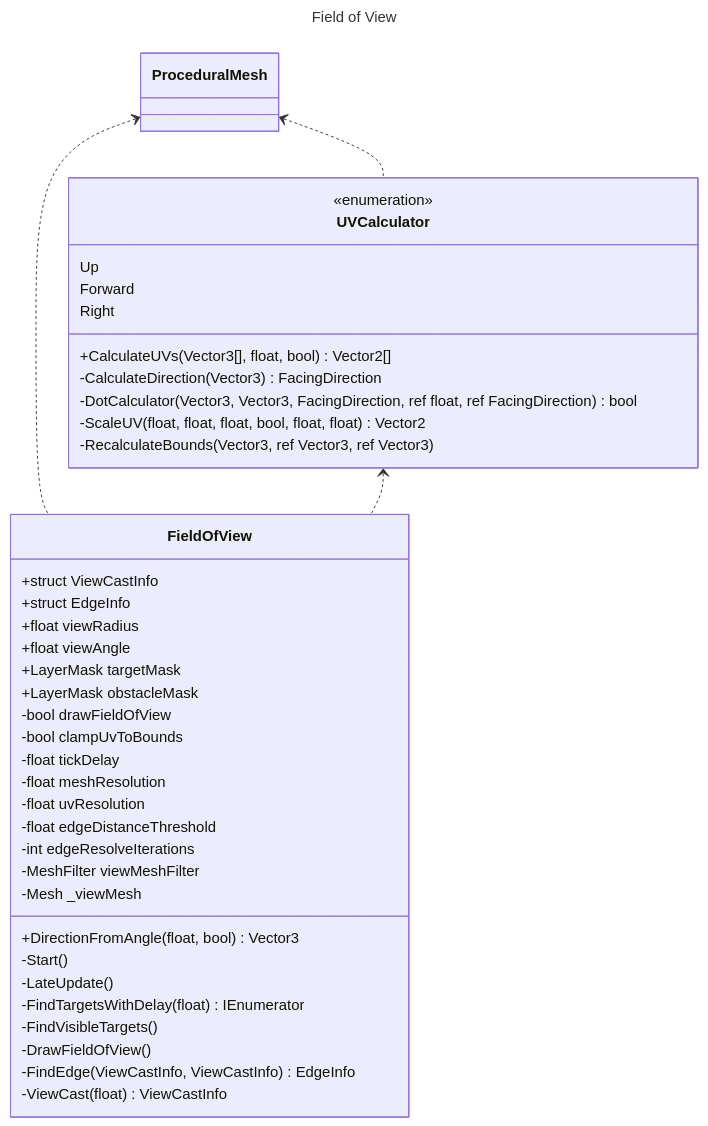
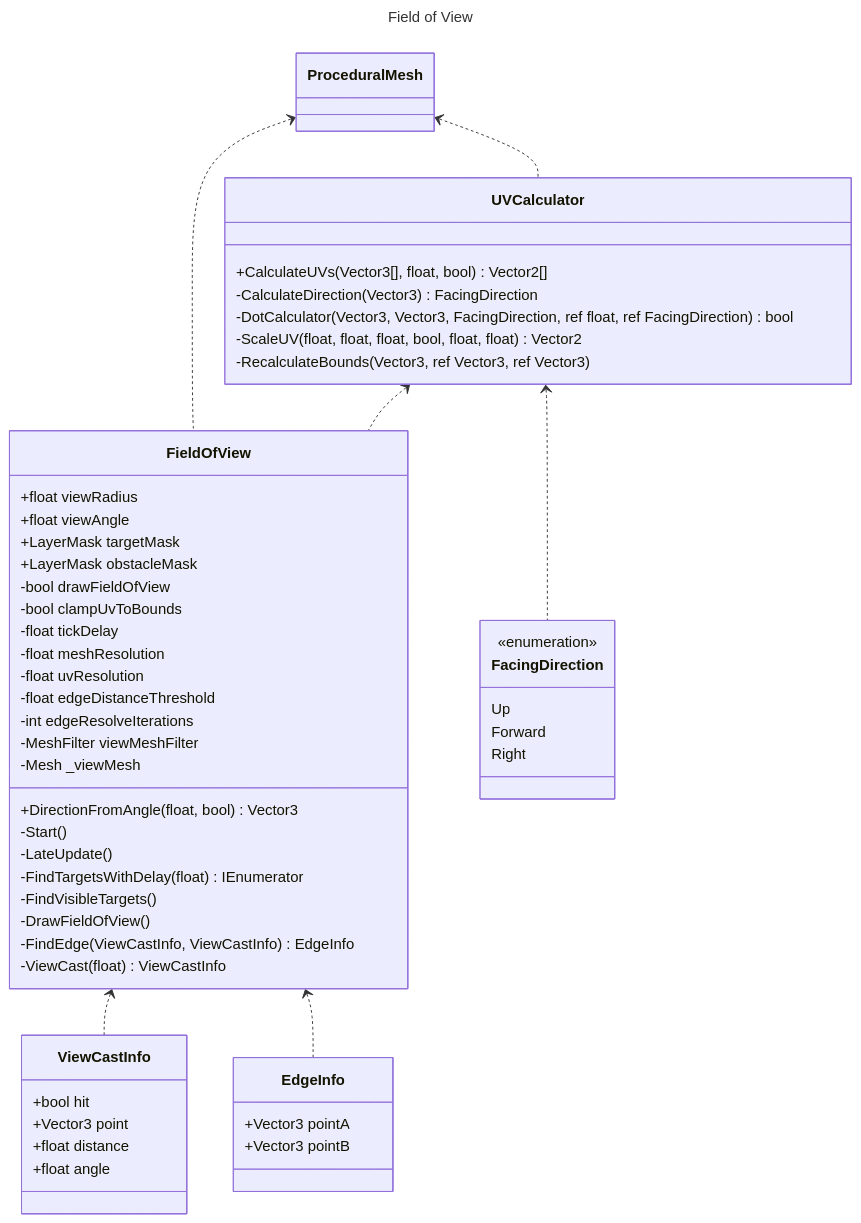
Before and after one commit to Calvin-Davidson/Examen: the first of 3 diagrams in README.md, drawn with Mermaid. The commit also changed other lines of this file, not shown here.

````diff
--- a/README.md
+++ b/README.md
@@ -49,51 +49,63 @@
 ```mermaid
 ---
 title: Field of View
 ---
 classDiagram
+    FieldOfView <.. ViewCastInfo
+    FieldOfView <.. EdgeInfo
+    UVCalculator <.. FacingDirection
     ProceduralMesh <.. FieldOfView
     UVCalculator <.. FieldOfView
     ProceduralMesh <.. UVCalculator
+    class ViewCastInfo{
+        +bool hit
+		+Vector3 point
+		+float distance
+		+float angle
+    }
+    class EdgeInfo{
+        +Vector3 pointA
+		+Vector3 pointB
+    }
+    class FacingDirection{
+        <<enumeration>>
+        Up
+        Forward
+        Right
+    }
     class FieldOfView{
-        +struct ViewCastInfo
-        +struct EdgeInfo
         +float viewRadius
         +float viewAngle
         +LayerMask targetMask
         +LayerMask obstacleMask
 
         -bool drawFieldOfView
         -bool clampUvToBounds
         -float tickDelay
         -float meshResolution
         -float uvResolution
         -float edgeDistanceThreshold
         -int edgeResolveIterations
         -MeshFilter viewMeshFilter
         -Mesh _viewMesh
 
         +DirectionFromAngle(float, bool) Vector3
         -Start()
         -LateUpdate()
         -FindTargetsWithDelay(float) IEnumerator
         -FindVisibleTargets()
         -DrawFieldOfView()
         -FindEdge(ViewCastInfo, ViewCastInfo) EdgeInfo
         -ViewCast(float) ViewCastInfo
     }
     class UVCalculator{
-        <<enumeration>>
-        Up
-        Forward
-        Right
-
         +CalculateUVs(Vector3[], float, bool) Vector2[]
         -CalculateDirection(Vector3) FacingDirection
         -DotCalculator(Vector3, Vector3, FacingDirection, ref float, ref FacingDirection) bool
         -ScaleUV(float, float, float, bool, float, float) Vector2
         -RecalculateBounds(Vector3, ref Vector3, ref Vector3)
     }
     class ProceduralMesh {
 
-}
+    }
 ```
````
